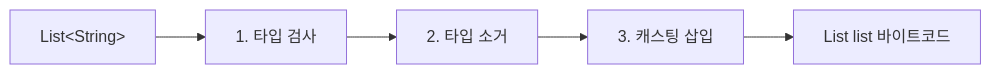
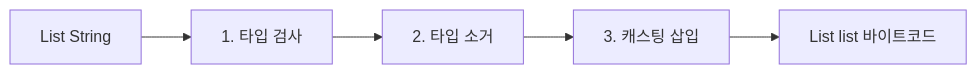
Before and after one commit to yjkim2015/yjkim2015.github.io: the diagram in _posts/java/2026-05-01-java-generics.md, drawn with Mermaid. The commit also changed 38 other files, not shown here.

First line of the commit message:
Mermaid 파싱 에러 최종 수정 + 화살표 간격 확대

````diff
--- a/_posts/java/2026-05-01-java-generics.md
+++ b/_posts/java/2026-05-01-java-generics.md
@@ -639,7 +639,7 @@
 ```mermaid
 graph LR
-    SRC["List&lt;String&gt;"] --> CHECK["1. 타입 검사"]
+    SRC["List String"] --> CHECK["1. 타입 검사"]
     CHECK --> ERASE["2. 타입 소거"]
     ERASE --> CAST["3. 캐스팅 삽입"]
     CAST --> BC["List list 바이트코드"]
 ```
````
